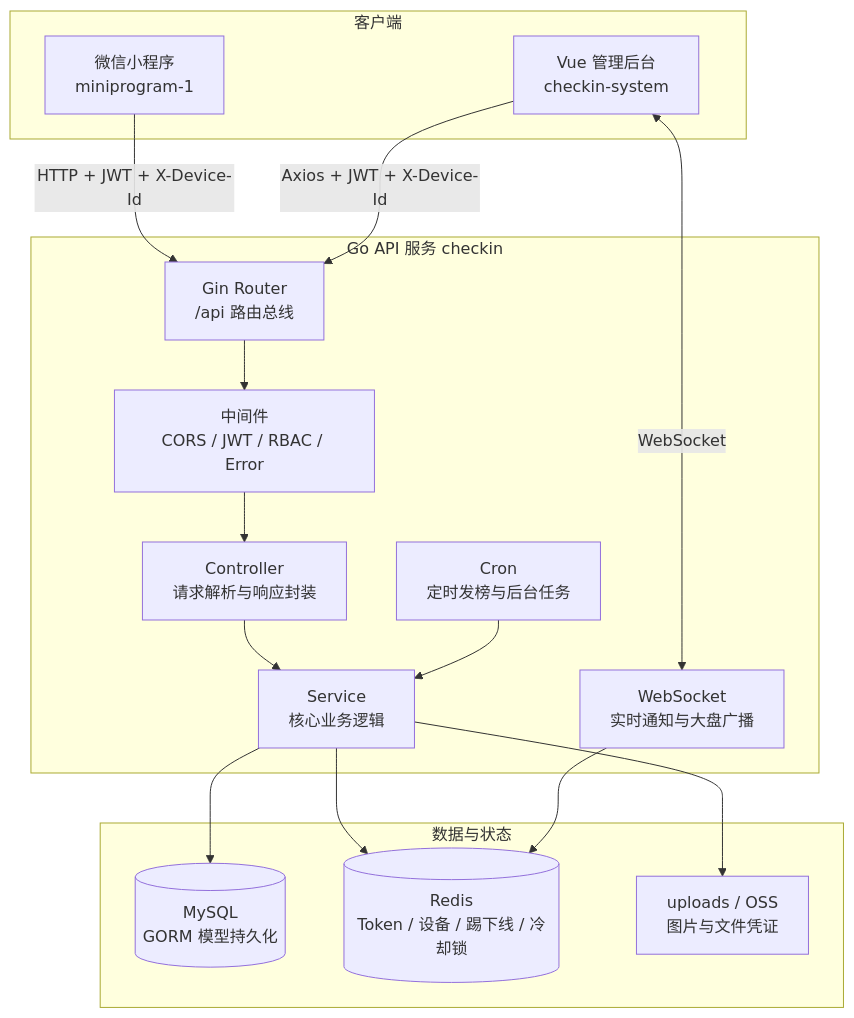
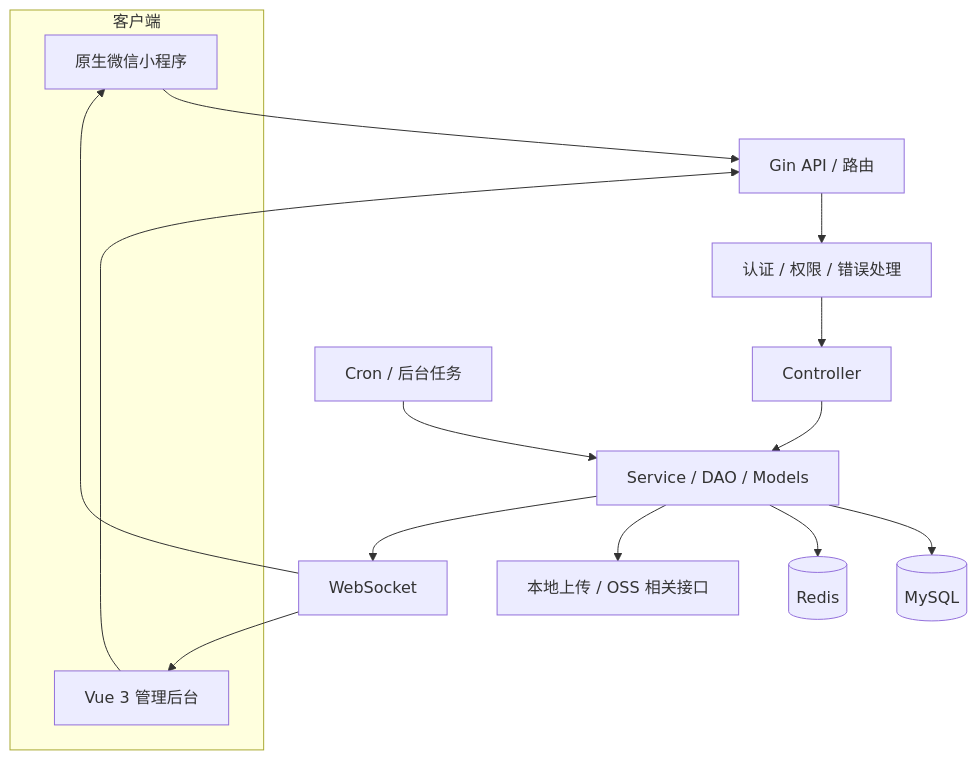
One commit to XUANFU-h/smart-checkin-system changed the third of 3 diagrams in README.md. Above: the diagram before and after it, drawn with Mermaid. The commit also changed other lines of this file, not shown here.

````diff
--- a/README.md
+++ b/README.md
@@ -34,32 +130,19 @@
 ```mermaid
-flowchart TD
-    subgraph Client["客户端"]
-        MP["微信小程序\nminiprogram-1"]
-        Admin["Vue 管理后台\ncheckin-system"]
+flowchart TB
+    subgraph Clients["客户端"]
+        MP["原生微信小程序"]
+        Admin["Vue 3 管理后台"]
     end
-
-    subgraph Gateway["Go API 服务 checkin"]
-        Gin["Gin Router\n/api 路由总线"]
-        Middleware["中间件\nCORS / JWT / RBAC / Error"]
-        Controller["Controller\n请求解析与响应封装"]
-        Service["Service\n核心业务逻辑"]
-        WS["WebSocket\n实时通知与大盘广播"]
-        Cron["Cron\n定时发榜与后台任务"]
-    end
-
-    subgraph Storage["数据与状态"]
-        MySQL[("MySQL\nGORM 模型持久化")]
-        Redis[("Redis\nToken / 设备 / 踢下线 / 冷却锁")]
-        Uploads["uploads / OSS\n图片与文件凭证"]
-    end
-
-    MP -->|HTTP + JWT + X-Device-Id| Gin
-    Admin -->|Axios + JWT + X-Device-Id| Gin
-    Admin <-->|WebSocket| WS
-    Gin --> Middleware --> Controller --> Service
-    Service --> MySQL
-    Service --> Redis
-    Service --> Uploads
-    Cron --> Service
-    WS --> Redis
+    MP --> API["Gin API / 路由"]
+    Admin --> API
+    API --> MW["认证 / 权限 / 错误处理"]
+    MW --> C["Controller"]
+    C --> S["Service / DAO / Models"]
+    S --> DB[("MySQL")]
+    S --> R[("Redis")]
+    S --> U["本地上传 / OSS 相关接口"]
+    T["Cron / 后台任务"] --> S
+    S --> W["WebSocket"]
+    W --> Admin
+    W --> MP
 ```
````
